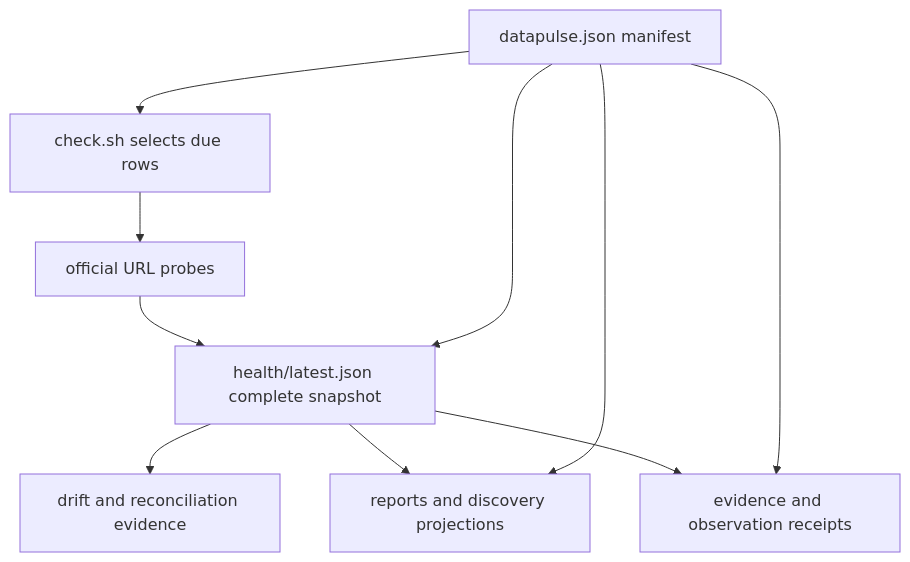
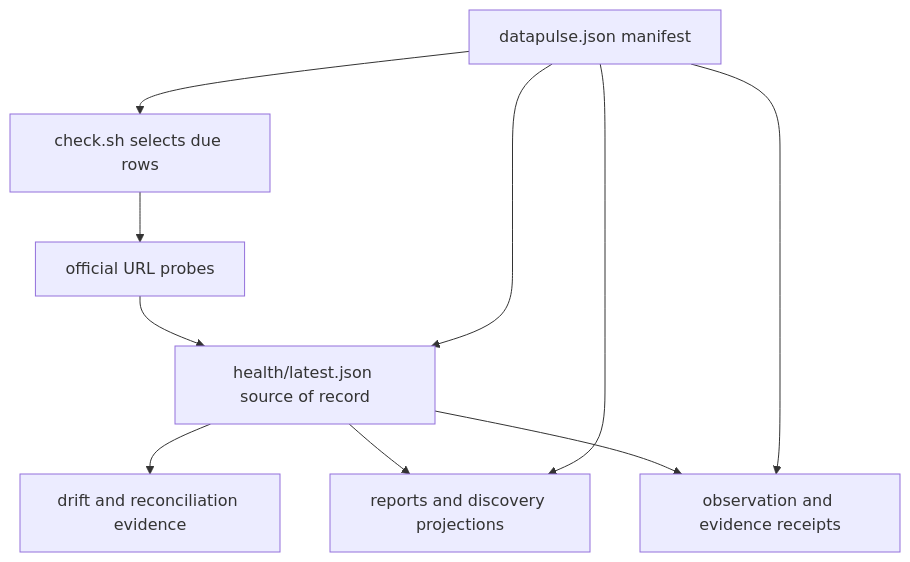
One commit to r3dz4r/datapulse-my changed the diagram in openwiki/datasets.md. Above: the diagram before and after it, drawn with Mermaid. The commit also changed other lines of this file and 4 other files, not shown here.

````diff
--- a/openwiki/datasets.md
+++ b/openwiki/datasets.md
@@ -51,12 +65,12 @@
 ```mermaid
 flowchart TD
     M["datapulse.json manifest"] --> S["check.sh selects due rows"]
     S --> P["official URL probes"]
-    P --> H["health/latest.json complete snapshot"]
+    P --> H["health/latest.json source of record"]
     M --> H
     H --> D["drift and reconciliation evidence"]
     H --> R["reports and discovery projections"]
     M --> R
-    H --> E["evidence and observation receipts"]
+    H --> E["observation and evidence receipts"]
     M --> E
 ```
````
